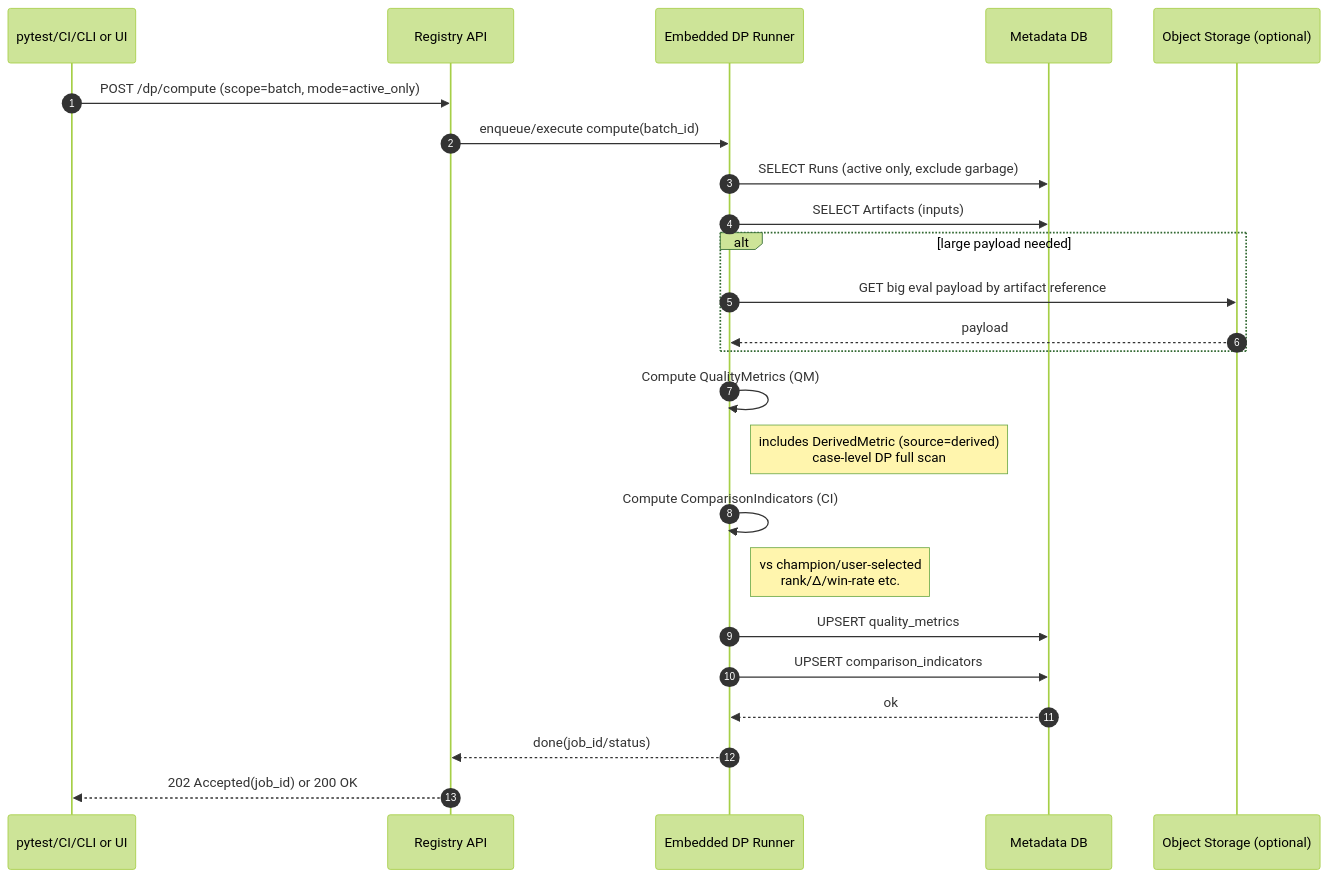
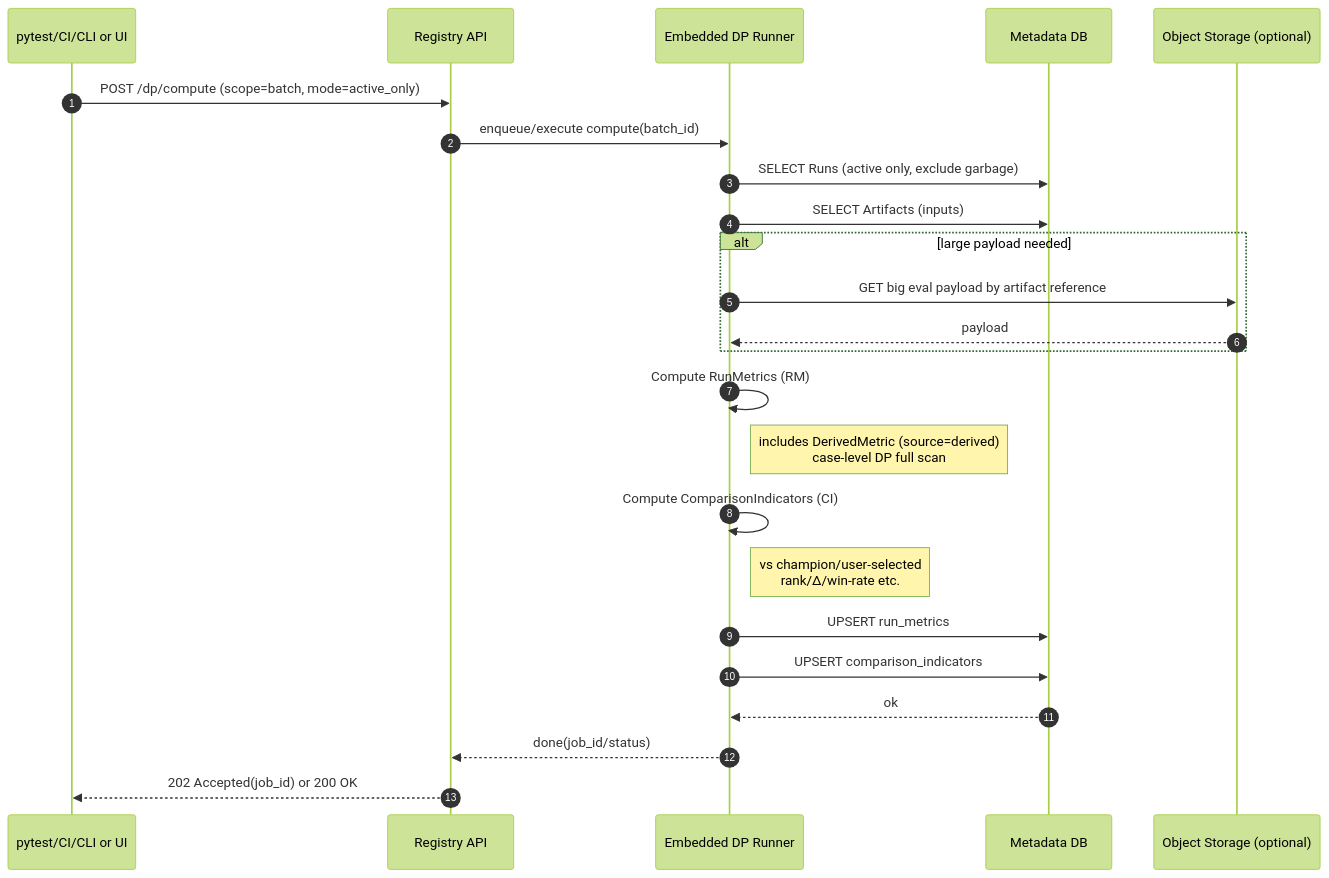
One commit to elda27/axion changed the second of 2 diagrams in docs/architectures/60_dp_job_model.md. Above: the diagram before and after it, drawn with Mermaid (forest theme). The commit also changed other lines of this file and 49 other files, not shown here.

First line of the commit message:
Refactor Quality Metrics to Run Metrics

````diff
--- a/docs/architectures/60_dp_job_model.md
+++ b/docs/architectures/60_dp_job_model.md
@@ -127,30 +127,30 @@
 ```mermaid
 sequenceDiagram
   autonumber
   participant X as pytest/CI/CLI or UI
   participant API as Registry API
   participant EDP as Embedded DP Runner
   participant DB as Metadata DB
   participant OS as Object Storage (optional)
 
   X->>API: POST /dp/compute (scope=batch, mode=active_only)
   API->>EDP: enqueue/execute compute(batch_id)
 
   EDP->>DB: SELECT Runs (active only, exclude garbage)
   EDP->>DB: SELECT Artifacts (inputs)
   alt large payload needed
     EDP->>OS: GET big eval payload by artifact reference
     OS-->>EDP: payload
   end
 
-  EDP->>EDP: Compute QualityMetrics (QM)
+  EDP->>EDP: Compute RunMetrics (RM)
   Note right of EDP: includes DerivedMetric (source=derived)<br/>case-level DP full scan
   EDP->>EDP: Compute ComparisonIndicators (CI)
   Note right of EDP: vs champion/user-selected<br/>rank/Δ/win-rate etc.
 
-  EDP->>DB: UPSERT quality_metrics
+  EDP->>DB: UPSERT run_metrics
   EDP->>DB: UPSERT comparison_indicators
   DB-->>EDP: ok
   EDP-->>API: done(job_id/status)
   API-->>X: 202 Accepted(job_id) or 200 OK
 ```
````
